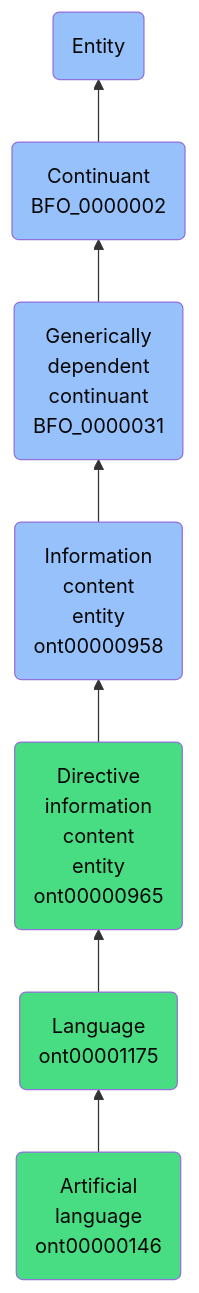
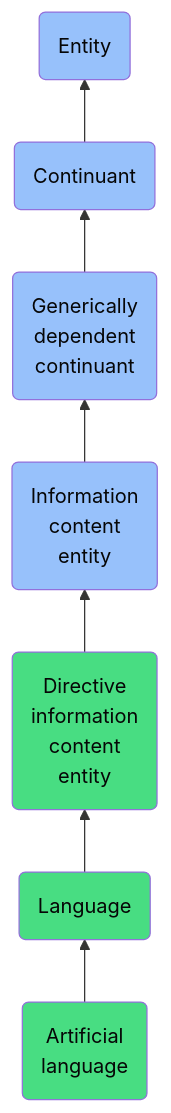
One commit to jupyter-naas/abi changed the diagram in docs/ontology/reference/model/Entity/Continuant/Generically dependent continuant/Information content entity/Directive information content entity/Language/Artificial language/Artificial language.md. Above: the diagram before and after it, drawn with Mermaid. The commit also changed other lines of this file and 1430 other files, not shown here.

````diff
--- a/docs/ontology/reference/model/Entity/Continuant/Generically dependent continuant/Information content entity/Directive information content entity/Language/Artificial language/Artificial language.md
+++ b/docs/ontology/reference/model/Entity/Continuant/Generically dependent continuant/Information content entity/Directive information content entity/Language/Artificial language/Artificial language.md
@@ -25,14 +25,14 @@
 ```mermaid
 graph BT
-    ont00000146(Artificial<br>language<br>ont00000146):::ABI-->ont00001175
-    ont00001175(Language<br>ont00001175):::ABI-->ont00000965
-    ont00000965(Directive<br>information<br>content<br>entity<br>ont00000965):::ABI-->ont00000958
-    ont00000958(Information<br>content<br>entity<br>ont00000958):::BFO-->BFO_0000031
-    BFO_0000031(Generically<br>dependent<br>continuant<br>BFO_0000031):::BFO-->BFO_0000002
-    BFO_0000002(Continuant<br>BFO_0000002):::BFO-->BFO_0000001
+    ont00000146(Artificial<br>language):::ABI-->ont00001175
+    ont00001175(Language):::ABI-->ont00000965
+    ont00000965(Directive<br>information<br>content<br>entity):::ABI-->ont00000958
+    ont00000958(Information<br>content<br>entity):::BFO-->BFO_0000031
+    BFO_0000031(Generically<br>dependent<br>continuant):::BFO-->BFO_0000002
+    BFO_0000002(Continuant):::BFO-->BFO_0000001
     BFO_0000001(Entity):::BFO
     
     classDef BFO fill:#97c1fb,color:#060606
     classDef CCO fill:#e4c51e,color:#060606
     classDef ABI fill:#48DD82,color:#060606
 ```
````
